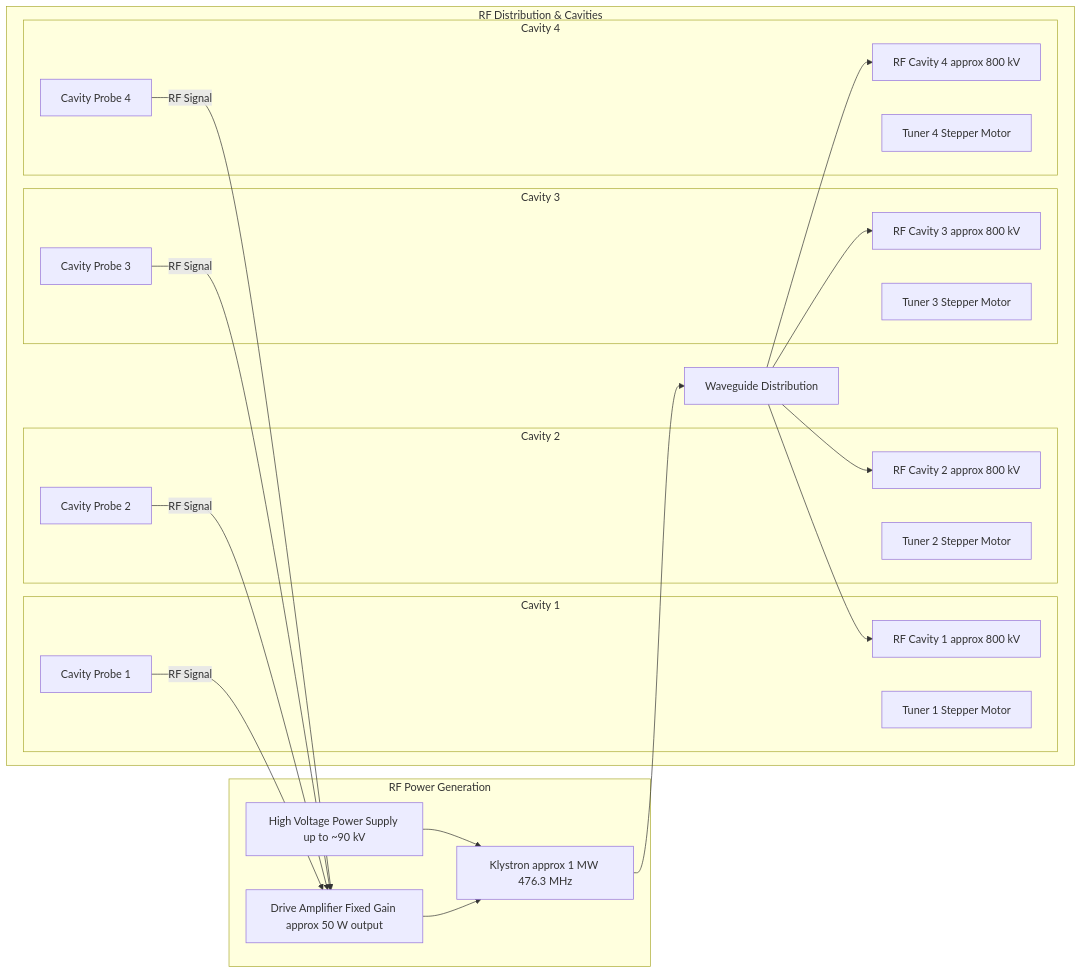
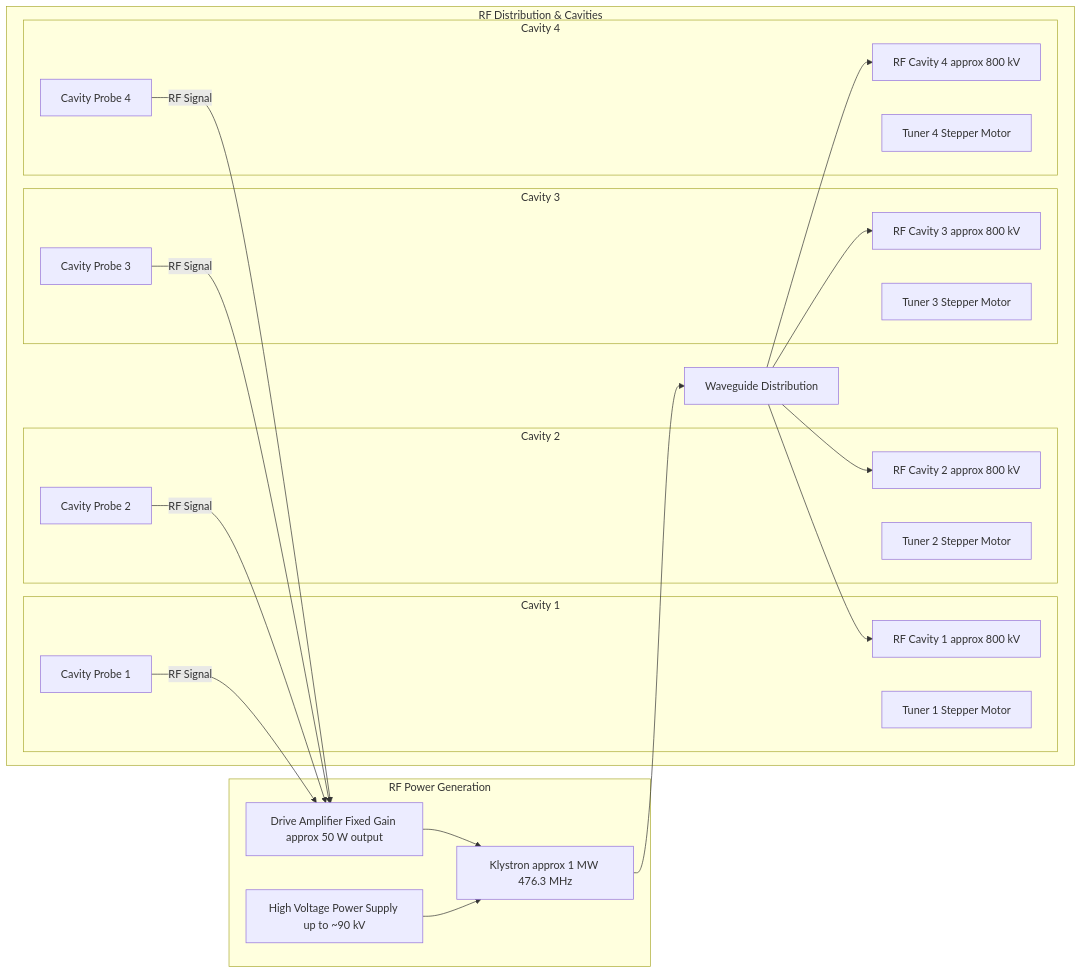
The diagram in SPEAR3_LLRF_COMPREHENSIVE_ANALYSIS.md (fayaw/spearlegacyLLRF), drawn with Mermaid before and after one commit. The commit also changed other lines of this file, not shown here.

Commit message:
Fix HVPS to Klystron mapping in analysis document

````diff
--- a/SPEAR3_LLRF_COMPREHENSIVE_ANALYSIS.md
+++ b/SPEAR3_LLRF_COMPREHENSIVE_ANALYSIS.md
@@ -322,50 +322,50 @@
 ```mermaid
 graph LR
  subgraph "RF Power Generation"
  HVPS[High Voltage Power Supply up to ~90 kV]
  Drive[Drive Amplifier Fixed Gain approx 50 W output]
  Klystron[Klystron approx 1 MW 476.3 MHz]
  end
  
  subgraph "RF Distribution & Cavities" 
  WG[Waveguide Distribution]
  
  subgraph "Cavity 1"
  C1[RF Cavity 1 approx 800 kV]
  T1[Tuner 1 Stepper Motor]
  P1[Cavity Probe 1]
  end
  
  subgraph "Cavity 2"
  C2[RF Cavity 2 approx 800 kV]
  T2[Tuner 2 Stepper Motor]
  P2[Cavity Probe 2]
  end
  
  subgraph "Cavity 3"
  C3[RF Cavity 3 approx 800 kV]
  T3[Tuner 3 Stepper Motor]
  P3[Cavity Probe 3]
  end
  
  subgraph "Cavity 4"
  C4[RF Cavity 4 approx 800 kV]
  T4[Tuner 4 Stepper Motor]
  P4[Cavity Probe 4]
  end
  end
  
+ Drive --> Klystron
  HVPS --> Klystron
- Drive --> Klystron
  Klystron --> WG
  
  WG --> C1
  WG --> C2
  WG --> C3
  WG --> C4
  
  P1 --> |RF Signal| Drive
  P2 --> |RF Signal| Drive
  P3 --> |RF Signal| Drive
  P4 --> |RF Signal| Drive
 ```
````
